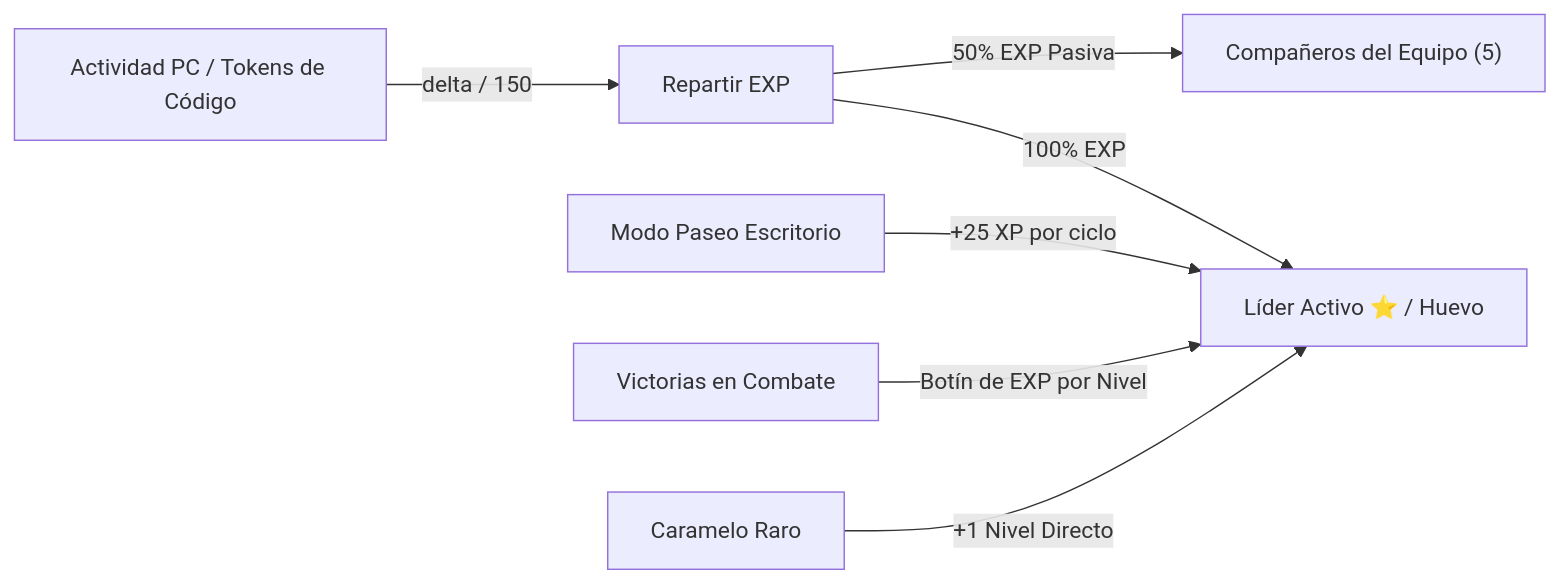
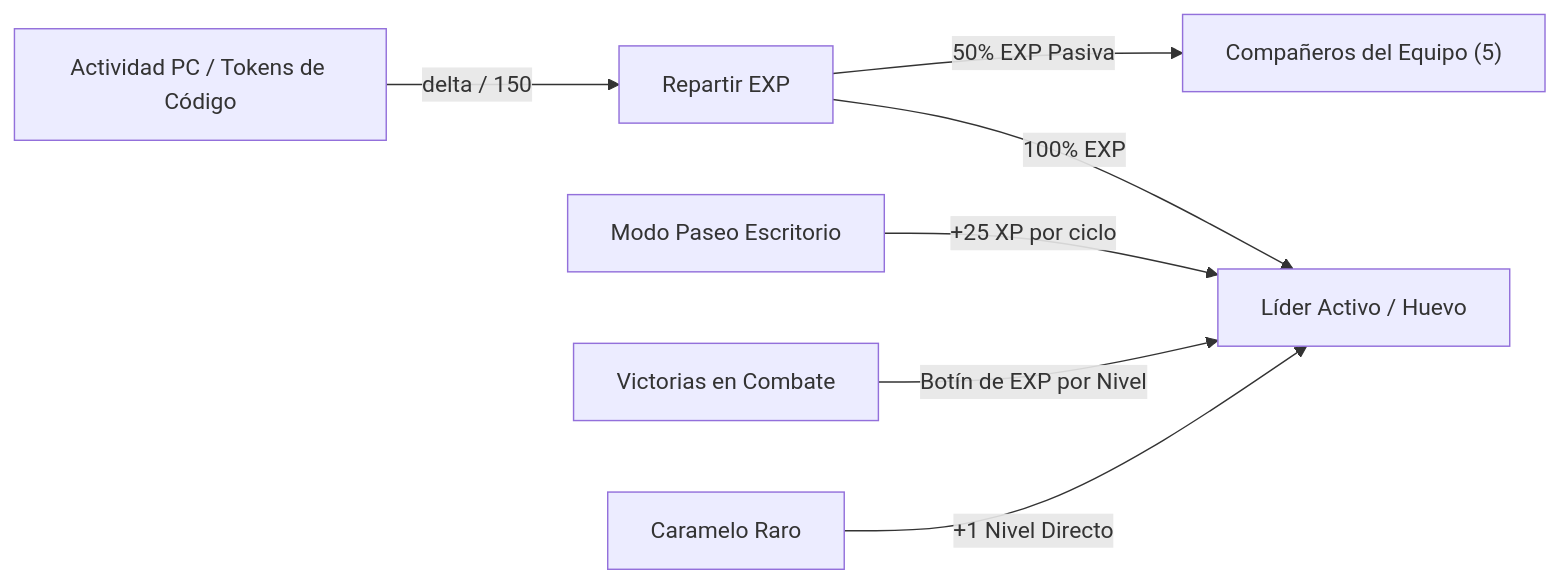
Before and after one commit to vickotoAguilera/PokeBar: the first of 2 diagrams in README.md, drawn with Mermaid. The commit also changed other lines of this file, not shown here.

````diff
--- a/README.md
+++ b/README.md
@@ -236,10 +235,10 @@
 ```mermaid
 flowchart LR
     A["Actividad PC / Tokens de Código"] -->|delta / 150| B["Repartir EXP"]
-    B -->|100% EXP| C["Líder Activo ⭐ / Huevo"]
+    B -->|100% EXP| C["Líder Activo / Huevo"]
     B -->|50% EXP Pasiva| D["Compañeros del Equipo (5)"]
     
     E["Modo Paseo Escritorio"] -->|+25 XP por ciclo| C
     F["Victorias en Combate"] -->|Botín de EXP por Nivel| C
     G["Caramelo Raro"] -->|+1 Nivel Directo| C
 ```
````
